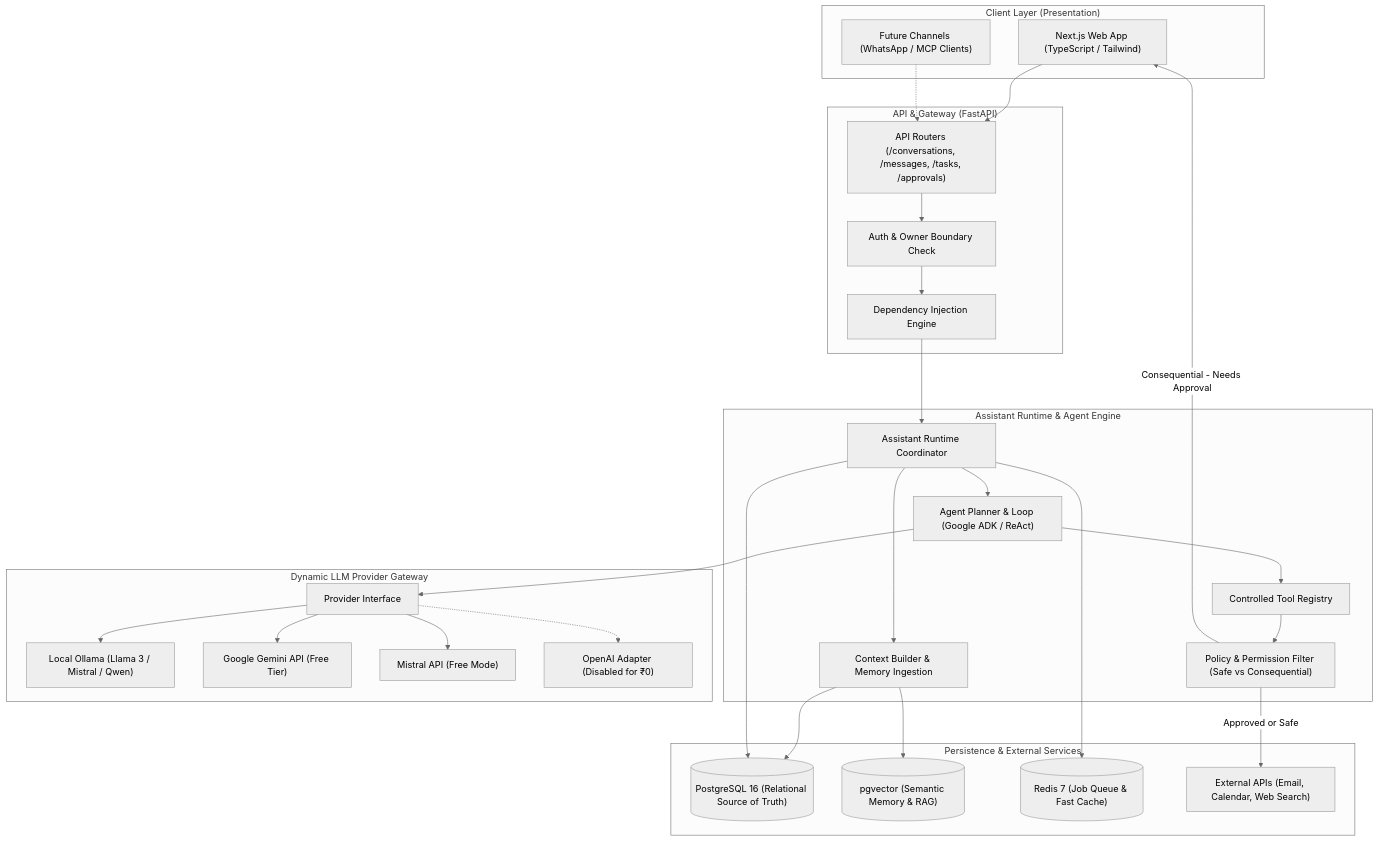
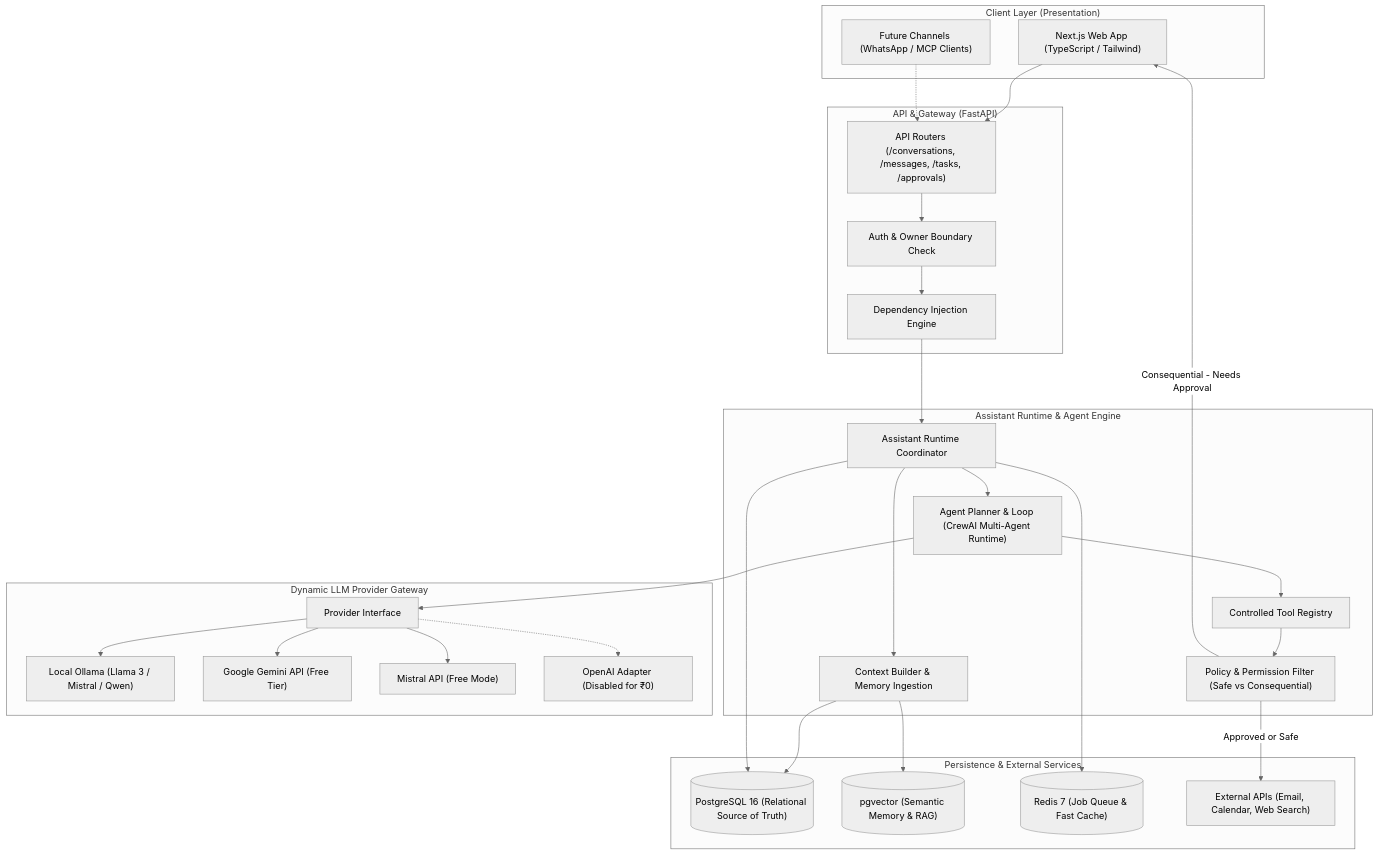
The first of 4 diagrams in PLANNING.md (avinashmaurya19/personal_ai_agent), drawn with Mermaid (neutral theme) before and after one commit. The commit also changed other lines of this file and 5 other files, not shown here.

Commit message:
refactor: adopt CrewAI as the agent framework across planning, architecture, and tasks

````diff
--- a/PLANNING.md
+++ b/PLANNING.md
@@ -28,55 +28,55 @@
 ```mermaid
 flowchart TD
     subgraph ClientLayer ["Client Layer (Presentation)"]
         WEB["Next.js Web App (TypeScript / Tailwind)"]
         FUTURE_CHANNELS["Future Channels (WhatsApp / MCP Clients)"]
     end
 
     subgraph APILayer ["API & Gateway (FastAPI)"]
         ROUTES["API Routers (/conversations, /messages, /tasks, /approvals)"]
         AUTH["Auth & Owner Boundary Check"]
         DEP["Dependency Injection Engine"]
     end
 
     subgraph CoreRuntime ["Assistant Runtime & Agent Engine"]
         RUNTIME["Assistant Runtime Coordinator"]
         CTX["Context Builder & Memory Ingestion"]
-        PLANNER["Agent Planner & Loop (Google ADK / ReAct)"]
+        PLANNER["Agent Planner & Loop (CrewAI Multi-Agent Runtime)"]
         REGISTRY["Controlled Tool Registry"]
         POLICY["Policy & Permission Filter (Safe vs Consequential)"]
     end
 
     subgraph ModelGateway ["Dynamic LLM Provider Gateway"]
         GATEWAY["Provider Interface"]
         OLLAMA["Local Ollama (Llama 3 / Mistral / Qwen)"]
         GEMINI["Google Gemini API (Free Tier)"]
         MISTRAL["Mistral API (Free Mode)"]
         OPENAI["OpenAI Adapter (Disabled for ₹0)"]
     end
 
     subgraph StorageLayer ["Persistence & External Services"]
         PG[("PostgreSQL 16 (Relational Source of Truth)")]
         PGV[("pgvector (Semantic Memory & RAG)")]
         REDIS[("Redis 7 (Job Queue & Fast Cache)")]
         TOOLS["External APIs (Email, Calendar, Web Search)"]
     end
 
     WEB --> ROUTES
     FUTURE_CHANNELS -.-> ROUTES
     ROUTES --> AUTH --> DEP --> RUNTIME
     RUNTIME --> CTX
     CTX --> PG
     CTX --> PGV
     RUNTIME --> PLANNER
     PLANNER --> GATEWAY
     GATEWAY --> OLLAMA
     GATEWAY --> GEMINI
     GATEWAY --> MISTRAL
     GATEWAY -.-> OPENAI
     PLANNER --> REGISTRY
     REGISTRY --> POLICY
     POLICY -->|Consequential - Needs Approval| WEB
     POLICY -->|Approved or Safe| TOOLS
     RUNTIME --> PG
     RUNTIME --> REDIS
 ```
````
